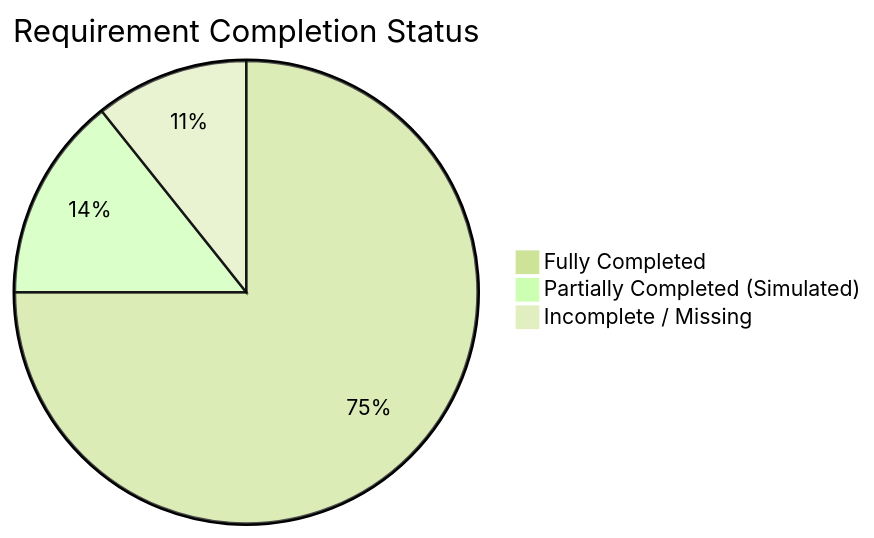
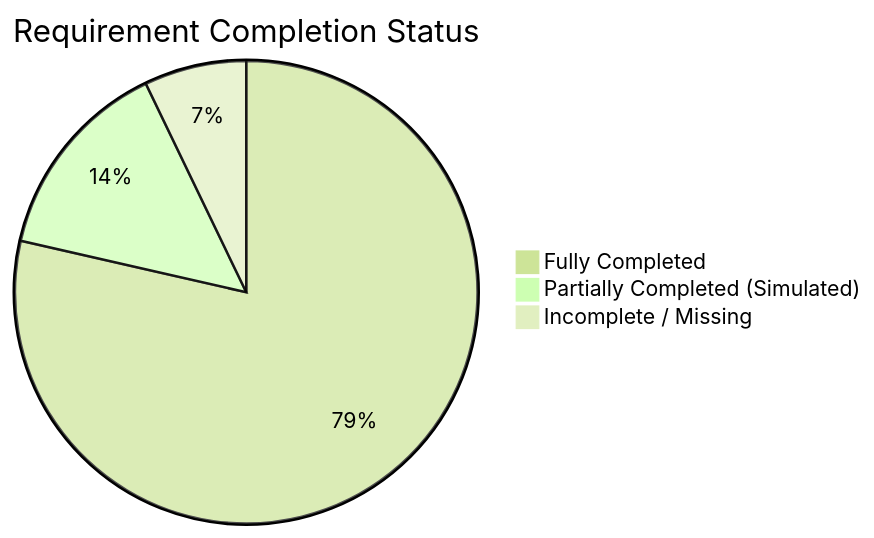
The diagram in completion_status_report.md (sunkitibi-wq/typhoon), drawn with Mermaid (forest theme) before and after one commit. The commit also changed other lines of this file and 21 other files, not shown here.

````diff
--- a/completion_status_report.md
+++ b/completion_status_report.md
@@ -18,6 +18,6 @@
 ```mermaid
 pie title Requirement Completion Status
-    "Fully Completed" : 21
+    "Fully Completed" : 22
     "Partially Completed (Simulated)" : 4
-    "Incomplete / Missing" : 3
+    "Incomplete / Missing" : 2
 ```
````
